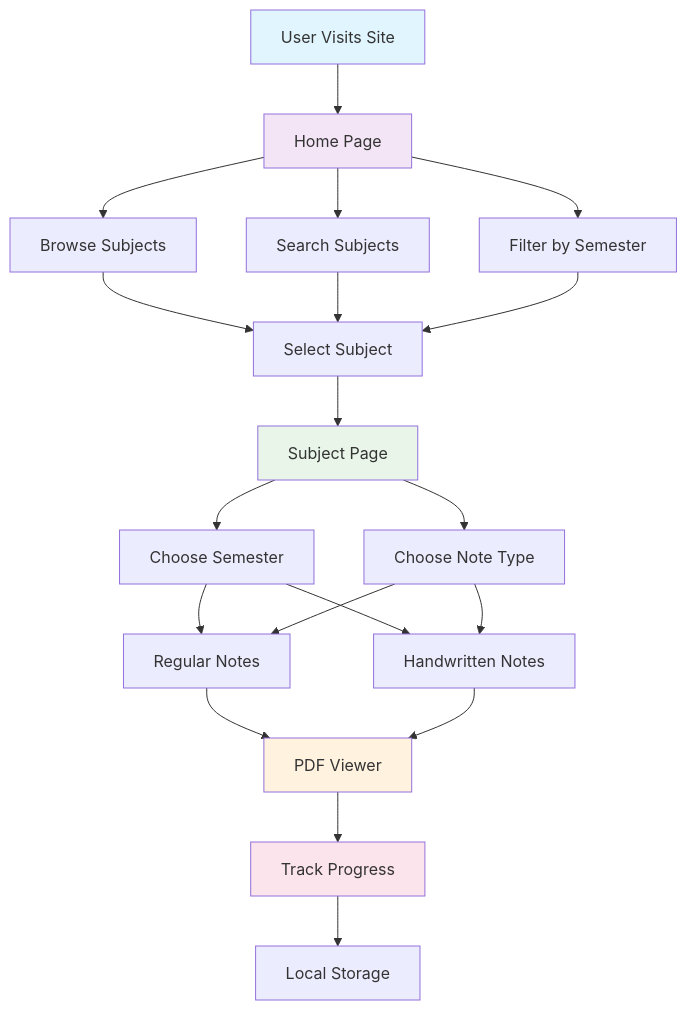
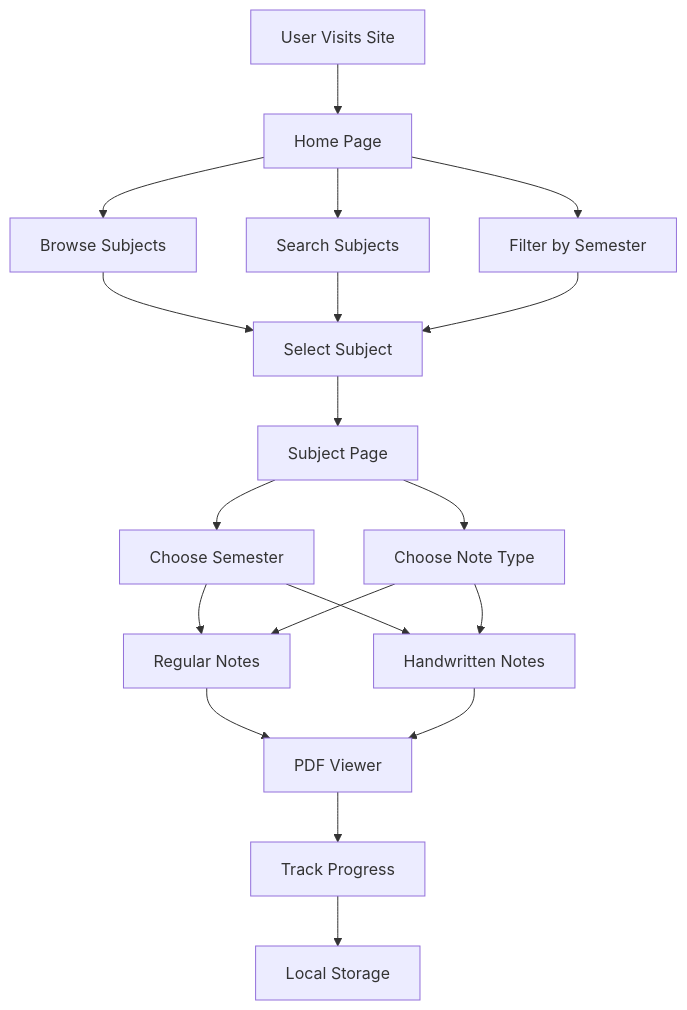
The first of 4 diagrams in README.md (rajofearth/study-notes-hub), drawn with Mermaid before and after one commit. The commit also changed other lines of this file, not shown here.

````diff
--- a/README.md
+++ b/README.md
@@ -16,32 +16,27 @@
 ```mermaid
 graph TB
     A[User Visits Site] --> B[Home Page]
     B --> C[Browse Subjects]
     B --> D[Search Subjects]
     B --> E[Filter by Semester]
     
     C --> F[Select Subject]
     D --> F
     E --> F
     
     F --> G[Subject Page]
     G --> H[Choose Semester]
     G --> I[Choose Note Type]
     
     H --> J[Regular Notes]
     H --> K[Handwritten Notes]
     I --> J
     I --> K
     
     J --> L[PDF Viewer]
     K --> L
     
     L --> M[Track Progress]
     M --> N[Local Storage]
     
-    style A fill:#e1f5fe
-    style B fill:#f3e5f5
-    style G fill:#e8f5e8
-    style L fill:#fff3e0
-    style M fill:#fce4ec
 ```
````
